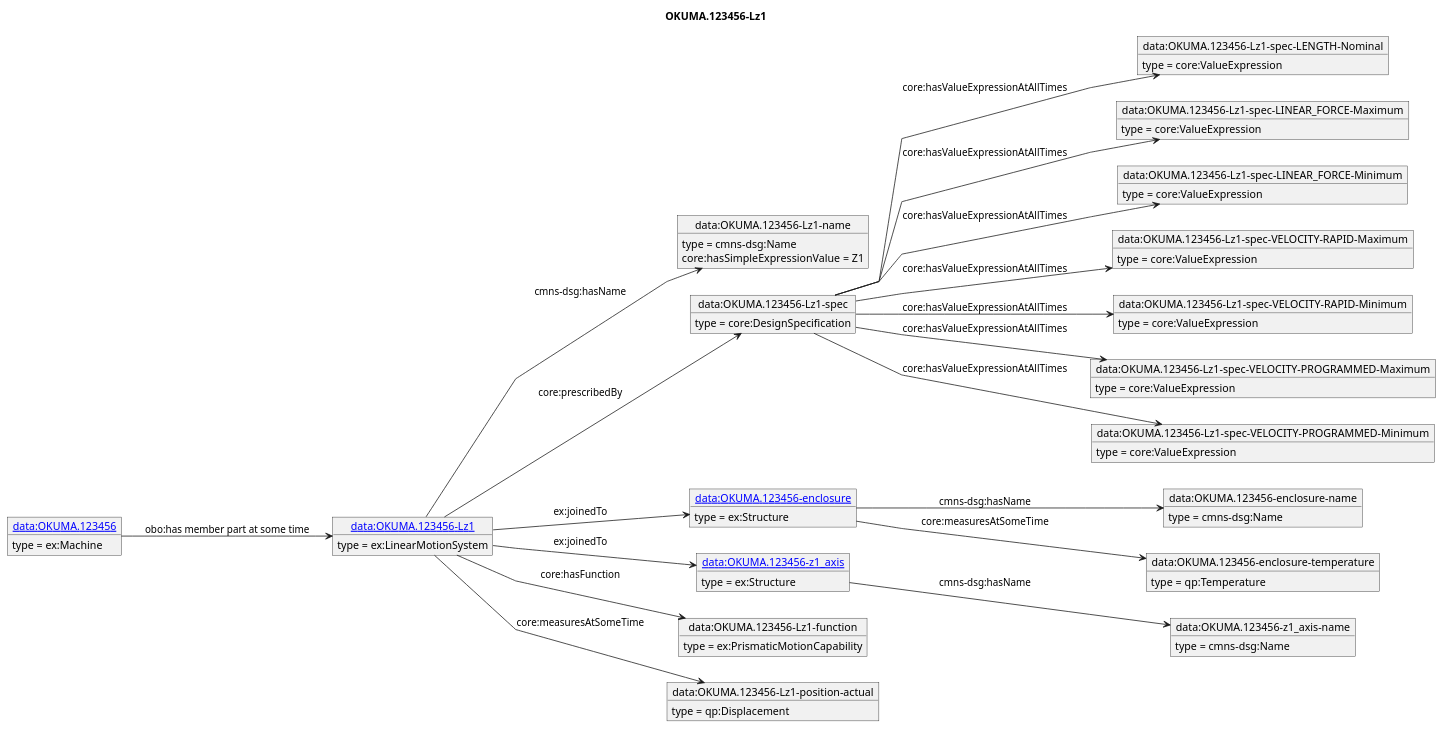
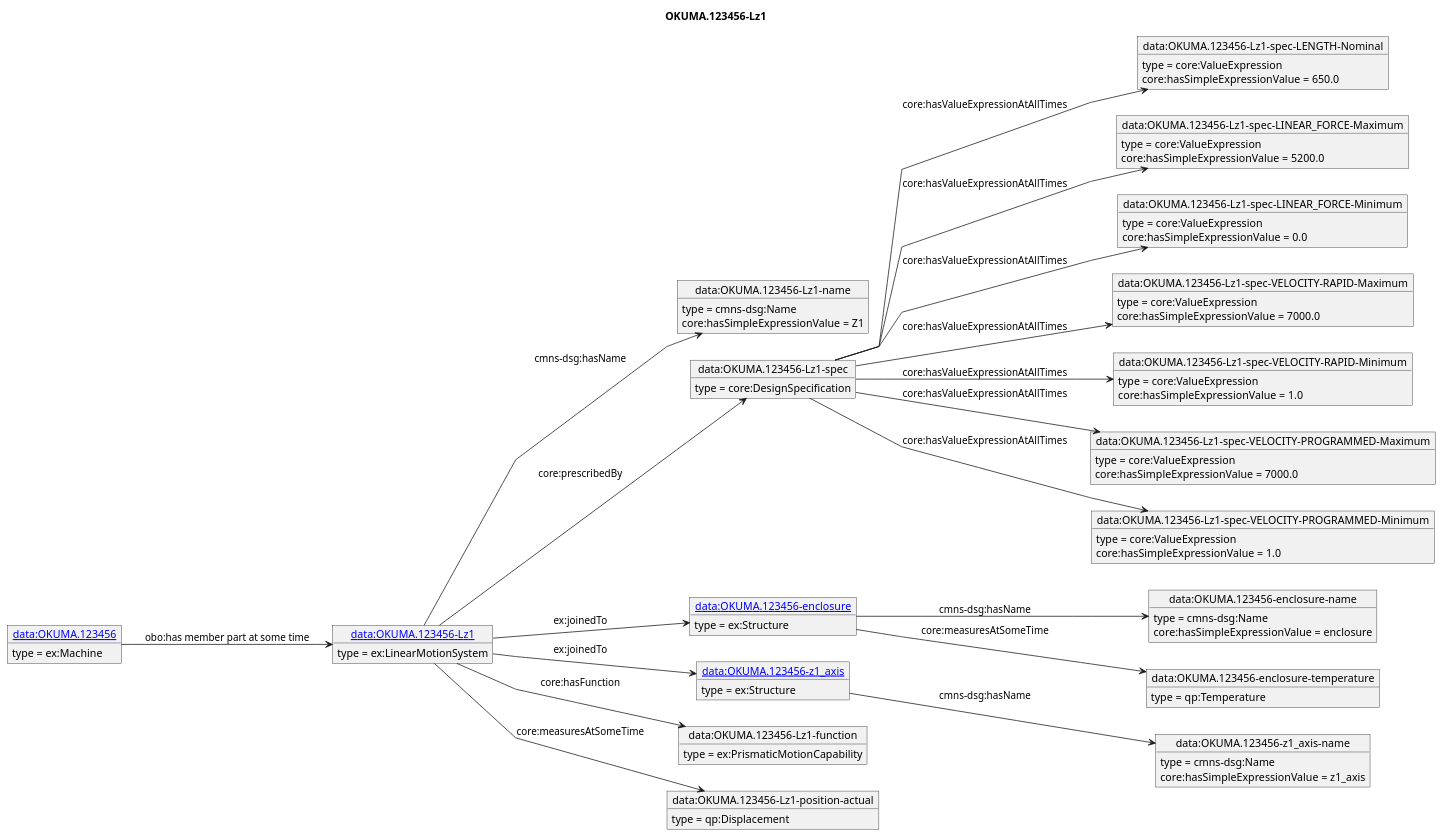
The diagram in diagrams/OKUMA.123456-Lz1.puml (iofoundry/example-syseng-mtconnect), drawn with PlantUML before and after one commit. The commit also changed 36 other files, not shown here.

```diff
--- a/diagrams/OKUMA.123456-Lz1.puml
+++ b/diagrams/OKUMA.123456-Lz1.puml
@@ -1,77 +1,86 @@
 @startuml
 skinparam linetype polyline
 left to right direction
 title OKUMA.123456-Lz1
 object "[[./OKUMA.123456-Lz1.html data:OKUMA.123456-Lz1]]" as o1 {
  type = ex:LinearMotionSystem
  }
 object "data:OKUMA.123456-Lz1-name" as o2 {
  type = cmns-dsg:Name
  }
 object "data:OKUMA.123456-Lz1-spec" as o3 {
  type = core:DesignSpecification
  }
 object "data:OKUMA.123456-Lz1-spec-LENGTH-Nominal" as o4 {
  type = core:ValueExpression
  }
 object "data:OKUMA.123456-Lz1-spec-LINEAR_FORCE-Maximum" as o5 {
  type = core:ValueExpression
  }
 object "data:OKUMA.123456-Lz1-spec-LINEAR_FORCE-Minimum" as o6 {
  type = core:ValueExpression
  }
 object "data:OKUMA.123456-Lz1-spec-VELOCITY-RAPID-Maximum" as o7 {
  type = core:ValueExpression
  }
 object "data:OKUMA.123456-Lz1-spec-VELOCITY-RAPID-Minimum" as o8 {
  type = core:ValueExpression
  }
 object "data:OKUMA.123456-Lz1-spec-VELOCITY-PROGRAMMED-Maximum" as o9 {
  type = core:ValueExpression
  }
 object "data:OKUMA.123456-Lz1-spec-VELOCITY-PROGRAMMED-Minimum" as o10 {
  type = core:ValueExpression
  }
 object "[[./OKUMA.123456-enclosure.html data:OKUMA.123456-enclosure]]" as o11 {
  type = ex:Structure
  }
 object "data:OKUMA.123456-enclosure-name" as o12 {
  type = cmns-dsg:Name
  }
 object "data:OKUMA.123456-enclosure-temperature" as o13 {
  type = qp:Temperature
  }
 object "[[./OKUMA.123456-z1_axis.html data:OKUMA.123456-z1_axis]]" as o14 {
  type = ex:Structure
  }
 object "data:OKUMA.123456-z1_axis-name" as o15 {
  type = cmns-dsg:Name
  }
 object "data:OKUMA.123456-Lz1-function" as o16 {
  type = ex:PrismaticMotionCapability
  }
 object "data:OKUMA.123456-Lz1-position-actual" as o17 {
  type = qp:Displacement
  }
 object "[[./OKUMA.123456.html data:OKUMA.123456]]" as o18 {
  type = ex:Machine
  }
 o1 --> o2 : cmns-dsg:hasName
 o2 : core:hasSimpleExpressionValue = Z1
 o1 --> o3 : core:prescribedBy
 o3 --> o4 : core:hasValueExpressionAtAllTimes
+o4 : core:hasSimpleExpressionValue = 650.0
 o3 --> o5 : core:hasValueExpressionAtAllTimes
+o5 : core:hasSimpleExpressionValue = 5200.0
 o3 --> o6 : core:hasValueExpressionAtAllTimes
+o6 : core:hasSimpleExpressionValue = 0.0
 o3 --> o7 : core:hasValueExpressionAtAllTimes
+o7 : core:hasSimpleExpressionValue = 7000.0
 o3 --> o8 : core:hasValueExpressionAtAllTimes
+o8 : core:hasSimpleExpressionValue = 1.0
 o3 --> o9 : core:hasValueExpressionAtAllTimes
+o9 : core:hasSimpleExpressionValue = 7000.0
 o3 --> o10 : core:hasValueExpressionAtAllTimes
+o10 : core:hasSimpleExpressionValue = 1.0
 o1 --> o11 : ex:joinedTo
 o11 --> o12 : cmns-dsg:hasName
+o12 : core:hasSimpleExpressionValue = enclosure
 o11 --> o13 : core:measuresAtSomeTime
 o1 --> o14 : ex:joinedTo
 o14 --> o15 : cmns-dsg:hasName
+o15 : core:hasSimpleExpressionValue = z1_axis
 o1 --> o16 : core:hasFunction
 o1 --> o17 : core:measuresAtSomeTime
 o18 --> o1 : obo:has member part at some time
 @enduml
```
